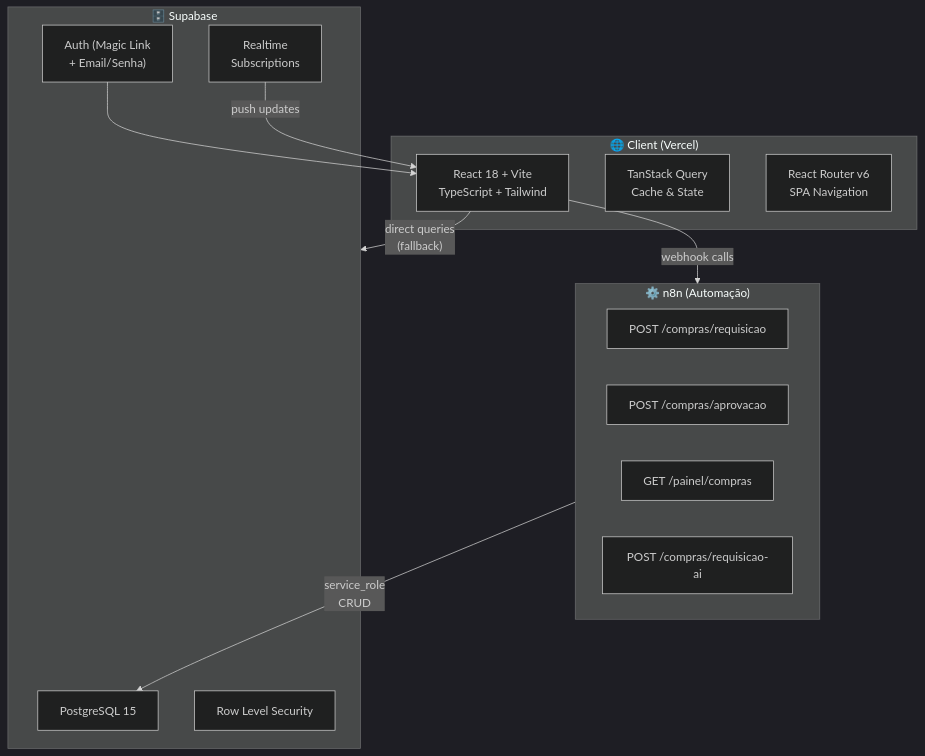
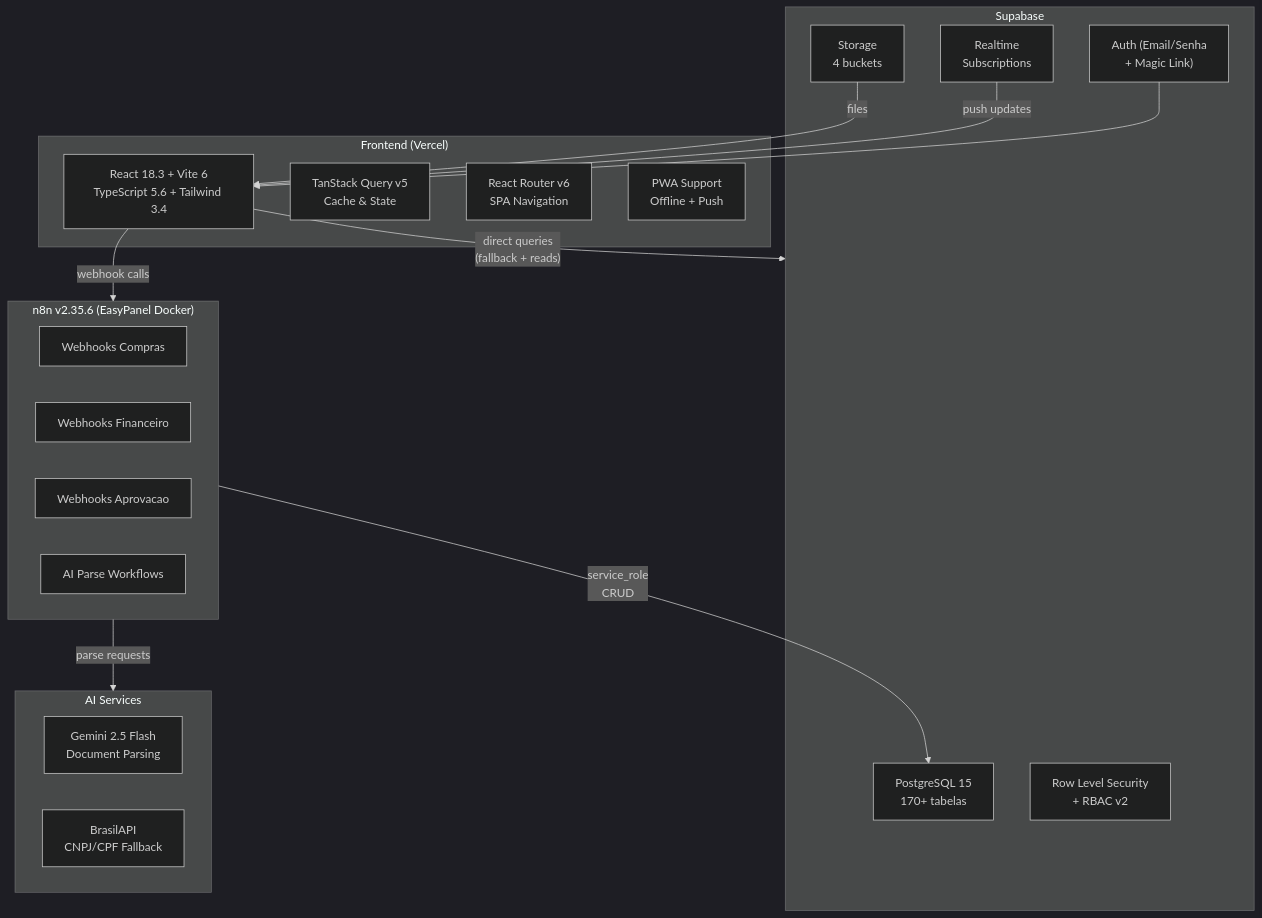
The diagram in docs/obsidian/01 - Arquitetura Geral.md (leandroteg/teg-plus), drawn with Mermaid (dark theme) before and after one commit. The commit also changed other lines of this file and 23 other files, not shown here.

````diff
--- a/docs/obsidian/01 - Arquitetura Geral.md
+++ b/docs/obsidian/01 - Arquitetura Geral.md
@@ -14,28 +15,37 @@
 ```mermaid
 flowchart TD
-    subgraph CLIENT["🌐 Client (Vercel)"]
-        FE["React 18 + Vite\nTypeScript + Tailwind"]
-        RQ["TanStack Query\nCache & State"]
+    subgraph CLIENT["Frontend (Vercel)"]
+        FE["React 18.3 + Vite 6\nTypeScript 5.6 + Tailwind 3.4"]
+        RQ["TanStack Query v5\nCache & State"]
         RR["React Router v6\nSPA Navigation"]
+        PWA["PWA Support\nOffline + Push"]
     end
 
-    subgraph N8N["⚙️ n8n (Automação)"]
-        W1["POST /compras/requisicao"]
-        W2["POST /compras/aprovacao"]
-        W3["GET /painel/compras"]
-        W4["POST /compras/requisicao-ai"]
+    subgraph N8N["n8n v2.35.6 (EasyPanel Docker)"]
+        W1["Webhooks Compras"]
+        W2["Webhooks Financeiro"]
+        W3["Webhooks Aprovacao"]
+        W4["AI Parse Workflows"]
     end
 
-    subgraph SUPA["🗄️ Supabase"]
-        DB["PostgreSQL 15"]
-        AUTH["Auth (Magic Link\n+ Email/Senha)"]
+    subgraph SUPA["Supabase"]
+        DB["PostgreSQL 15\n170+ tabelas"]
+        AUTH["Auth (Email/Senha\n+ Magic Link)"]
         RT["Realtime\nSubscriptions"]
-        RLS["Row Level Security"]
+        RLS["Row Level Security\n+ RBAC v2"]
+        STG["Storage\n4 buckets"]
+    end
+
+    subgraph AI["AI Services"]
+        GEM["Gemini 2.5 Flash\nDocument Parsing"]
+        BAPI["BrasilAPI\nCNPJ/CPF Fallback"]
     end
 
     FE -->|"webhook calls"| N8N
-    FE -->|"direct queries\n(fallback)"| SUPA
+    FE -->|"direct queries\n(fallback + reads)"| SUPA
     N8N -->|"service_role\nCRUD"| DB
+    N8N -->|"parse requests"| AI
     AUTH --> FE
     RT -->|"push updates"| FE
+    STG -->|"files"| FE
 ```
````
